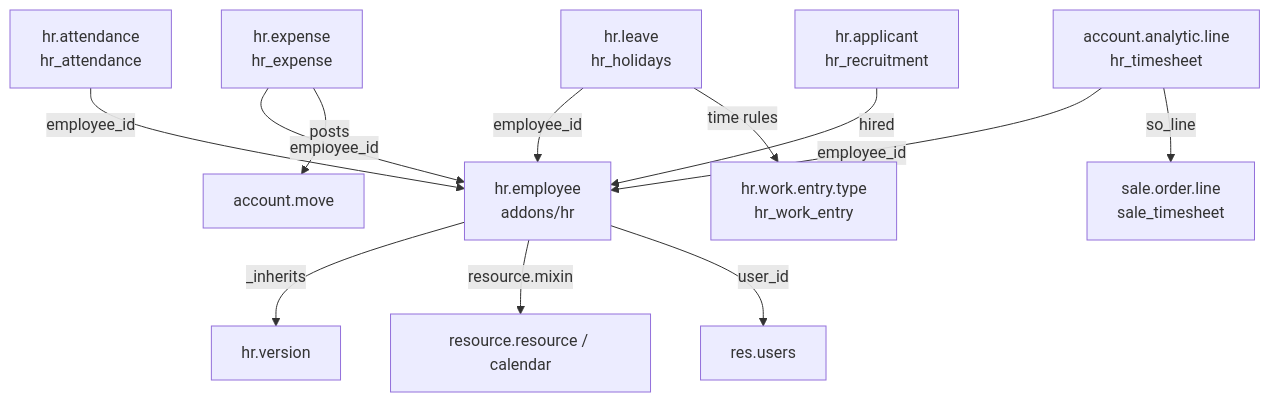
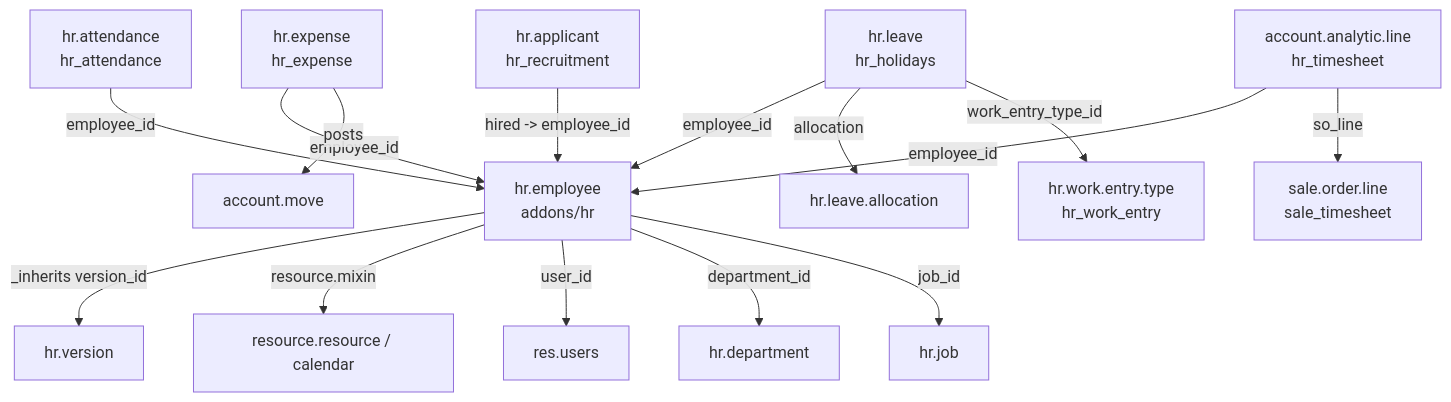
The diagram in droid-wiki/apps/hr-suite.md (blitzy-public-samples/odoo), drawn with Mermaid before and after one commit. The commit also changed other lines of this file and 78 other files, not shown here.

````diff
--- a/droid-wiki/apps/hr-suite.md
+++ b/droid-wiki/apps/hr-suite.md
@@ -51,14 +81,17 @@
 ```mermaid
 graph TD
-  EMP["hr.employee<br/>addons/hr"] -->|_inherits| VER["hr.version"]
+  EMP["hr.employee<br/>addons/hr"] -->|"_inherits version_id"| VER["hr.version"]
   EMP -->|resource.mixin| RES["resource.resource / calendar"]
   EMP -->|user_id| USR["res.users"]
+  EMP -->|department_id| DEP["hr.department"]
+  EMP -->|job_id| JOB["hr.job"]
   LEAVE["hr.leave<br/>hr_holidays"] -->|employee_id| EMP
+  LEAVE -->|allocation| ALLOC["hr.leave.allocation"]
   EXP["hr.expense<br/>hr_expense"] -->|employee_id| EMP
   EXP -->|posts| MOVE["account.move"]
   ATT["hr.attendance<br/>hr_attendance"] -->|employee_id| EMP
   TS["account.analytic.line<br/>hr_timesheet"] -->|employee_id| EMP
   TS -->|so_line| SALE["sale.order.line<br/>sale_timesheet"]
-  APP["hr.applicant<br/>hr_recruitment"] -->|hired| EMP
-  LEAVE -->|time rules| WE["hr.work.entry.type<br/>hr_work_entry"]
+  APP["hr.applicant<br/>hr_recruitment"] -->|"hired -> employee_id"| EMP
+  LEAVE -->|work_entry_type_id| WE["hr.work.entry.type<br/>hr_work_entry"]
 ```
````
